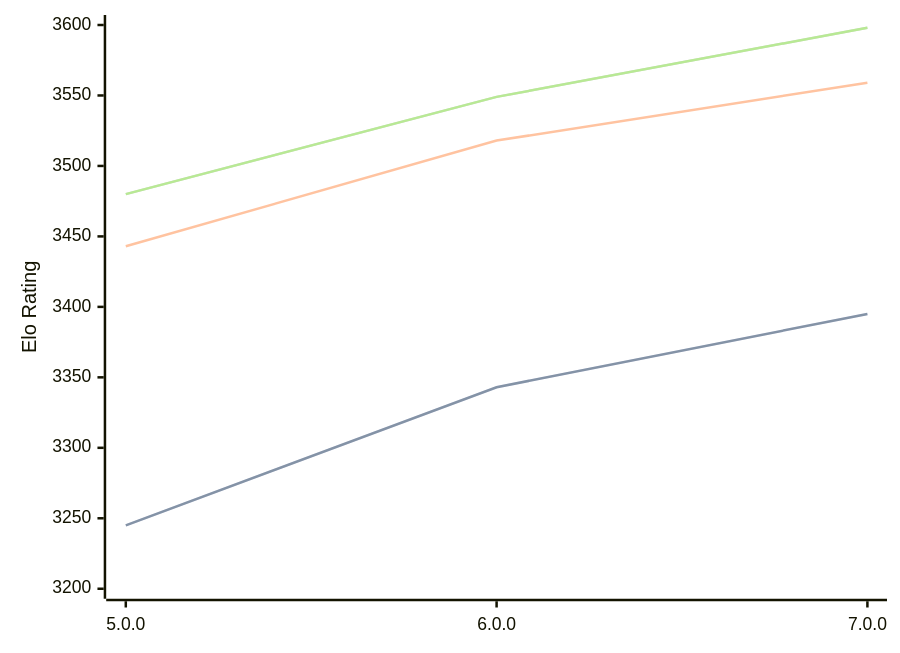
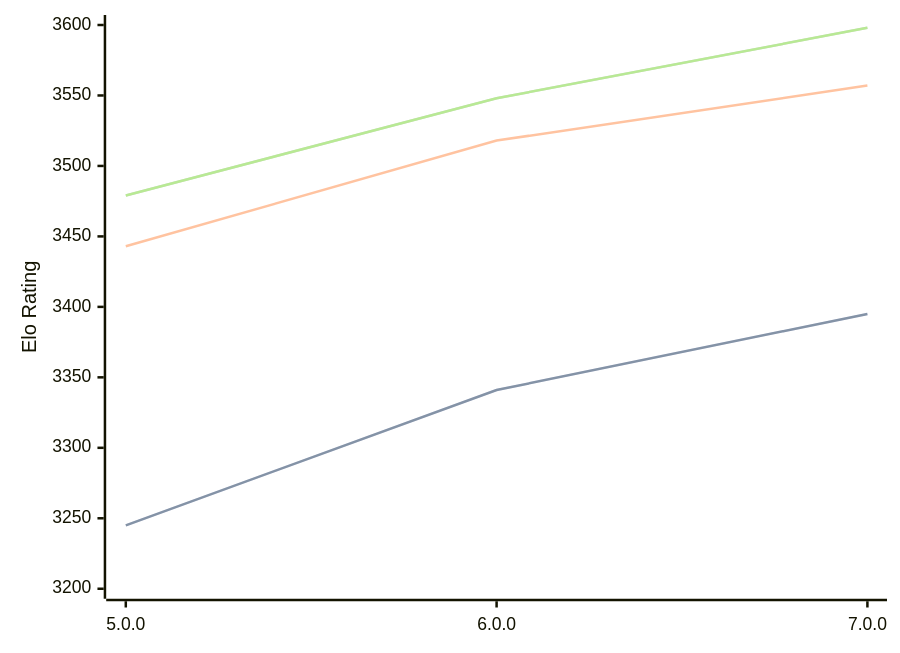
One commit to computer-chess-index/cci changed the diagram in engines/Stormphrax.md. Above: the diagram before and after it, drawn with Mermaid. The commit also changed other lines of this file, not shown here.

Commit message:
Update CCI Ratings (ELO VLTC) - 2026-02-27

````diff
--- a/engines/Stormphrax.md
+++ b/engines/Stormphrax.md
@@ -36,11 +36,11 @@
 ```mermaid
 %%{init: {"theme":"base","themeVariables":{"seriesColors:['#a3a3a3','#222221','#faa371']}}}%%
 xychart-beta
   x-axis ["5.0.0", "6.0.0", "7.0.0"]
   y-axis "Elo Rating" 3200 --> 3600
-  line "STC (8.0+0.08s)" [3245, 3343, 3395]
-  line "STC (8.0+0.08s)" [3245, 3343, 3395]
-  line "LTC (60.0+0.60s)" [3443, 3518, 3559]
-  line "VLTC (2m24s+1.12s)" [3480, 3549, 3598]
-  line "VLTC (2m24s+1.12s)" [3480, 3549, 3598]
+  line "STC (8.0+0.08s)" [3245, 3341, 3395]
+  line "STC (8.0+0.08s)" [3245, 3341, 3395]
+  line "LTC (60.0+0.60s)" [3443, 3518, 3557]
+  line "VLTC (2m24s+1.12s)" [3479, 3548, 3598]
+  line "VLTC (2m24s+1.12s)" [3479, 3548, 3598]
 ```
````
